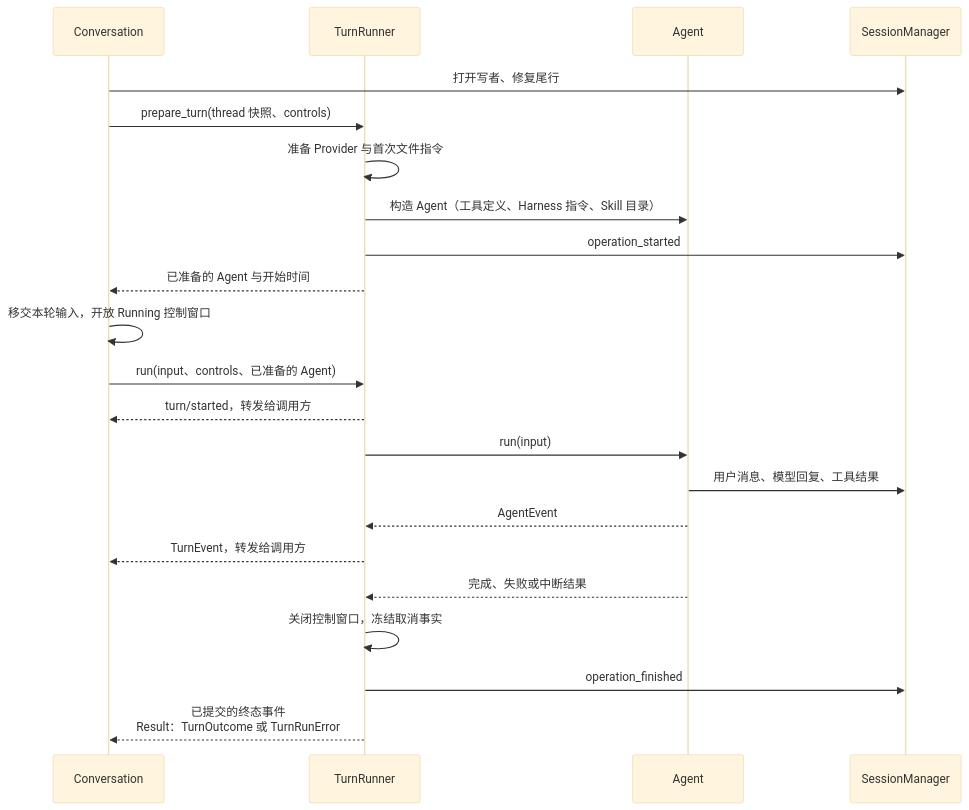
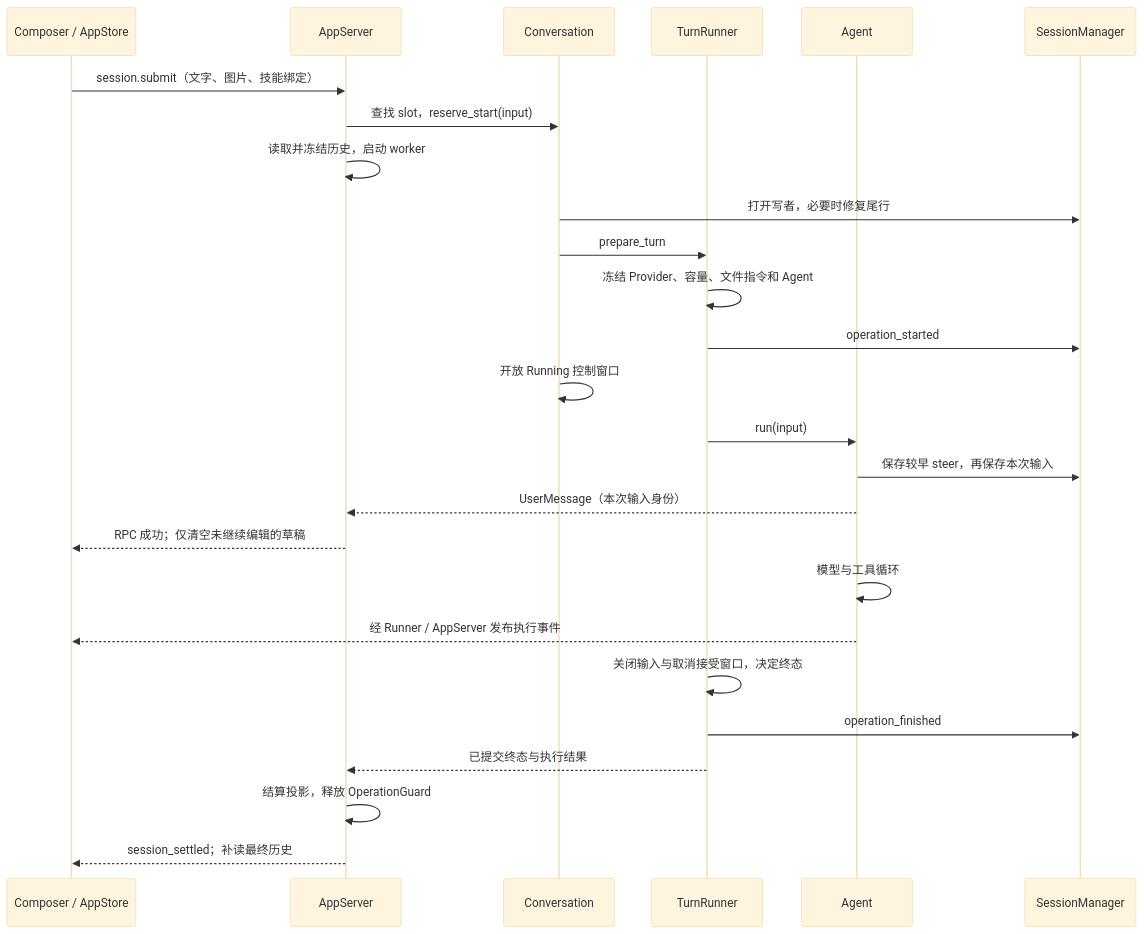
The sixth of 14 diagrams in docs/architecture.md (qjcnmd/singularity-agent), drawn with Mermaid (base theme) before and after one commit. The commit also changed other lines of this file and 9 other files, not shown here.

````diff
--- a/docs/architecture.md
+++ b/docs/architecture.md
@@ -360,24 +201,28 @@
 ```mermaid
 sequenceDiagram
+    participant UI as Composer / AppStore
+    participant App as AppServer
     participant Conv as Conversation
     participant Runner as TurnRunner
     participant Agent as Agent
     participant Log as SessionManager
-    Conv->>Log: 打开写者、修复尾行
-    Conv->>Runner: prepare_turn(thread 快照、controls)
-    Runner->>Runner: 准备 Provider 与首次文件指令
-    Runner->>Agent: 构造 Agent（工具定义、Harness 指令、Skill 目录）
+    UI->>App: session.submit（文字、图片、技能绑定）
+    App->>Conv: 查找 slot，reserve_start(input)
+    App->>App: 读取并冻结历史，启动 worker
+    Conv->>Log: 打开写者，必要时修复尾行
+    Conv->>Runner: prepare_turn
+    Runner->>Runner: 冻结 Provider、容量、文件指令和 Agent
     Runner->>Log: operation_started
-    Runner-->>Conv: 已准备的 Agent 与开始时间
-    Conv->>Conv: 移交本轮输入，开放 Running 控制窗口
-    Conv->>Runner: run(input、controls、已准备的 Agent)
-    Runner-->>Conv: turn/started，转发给调用方
+    Conv->>Conv: 开放 Running 控制窗口
     Runner->>Agent: run(input)
-    Agent->>Log: 用户消息、模型回复、工具结果
-    Agent-->>Runner: AgentEvent
-    Runner-->>Conv: TurnEvent，转发给调用方
-    Agent-->>Runner: 完成、失败或中断结果
-    Runner->>Runner: 关闭控制窗口，冻结取消事实
+    Agent->>Log: 保存较早 steer，再保存本次输入
+    Agent-->>App: UserMessage（本次输入身份）
+    App-->>UI: RPC 成功；仅清空未继续编辑的草稿
+    Agent->>Agent: 模型与工具循环
+    Agent-->>UI: 经 Runner / AppServer 发布执行事件
+    Runner->>Runner: 关闭输入与取消接受窗口，决定终态
     Runner->>Log: operation_finished
-    Runner-->>Conv: 已提交的终态事件<br/>Result：TurnOutcome 或 TurnRunError
+    Runner-->>App: 已提交终态与执行结果
+    App->>App: 结算投影，释放 OperationGuard
+    App-->>UI: session_settled；补读最终历史
 ```
````
